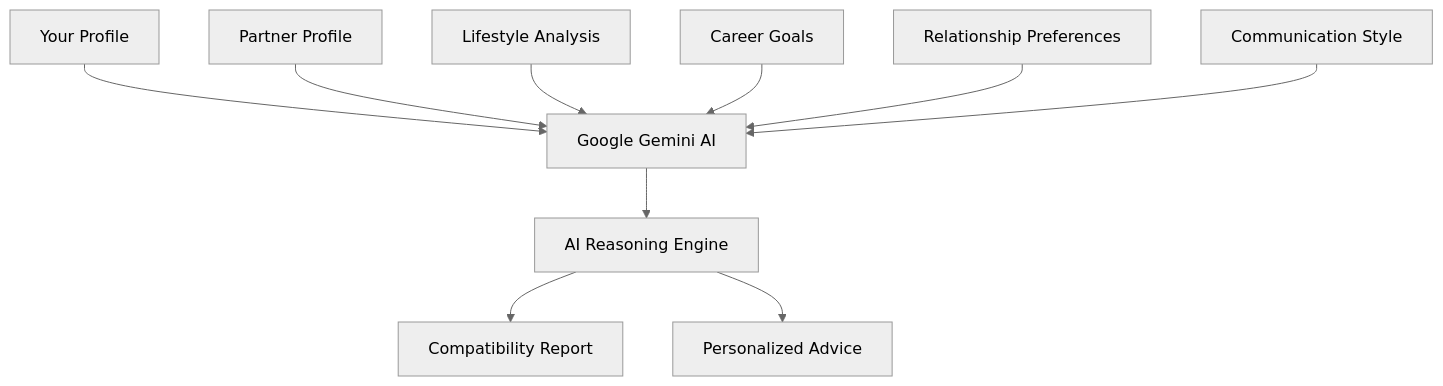
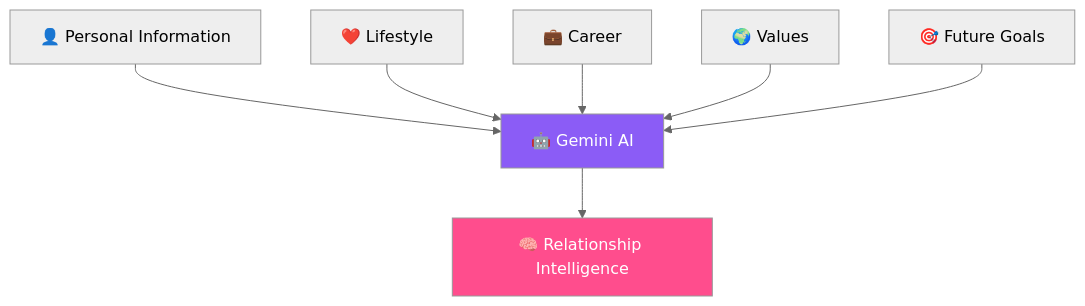
Before and after one commit to TheKanishkDev/SoulSync-AI: the second of 7 diagrams in README.md, drawn with Mermaid (neutral theme). The commit also changed other lines of this file, not shown here.

````diff
--- a/README.md
+++ b/README.md
@@ -494,35 +280,28 @@
 ```mermaid
 flowchart TD
 
-A[Your Profile]
+A["👤 Personal Information"]
 
-B[Partner Profile]
+B["❤️ Lifestyle"]
 
-C[Lifestyle Analysis]
+C["💼 Career"]
 
-D[Career Goals]
+D["🌍 Values"]
 
-E[Relationship Preferences]
+E["🎯 Future Goals"]
 
-F[Communication Style]
+F["🤖 Gemini AI"]
 
-G[Google Gemini AI]
+G["🧠 Relationship Intelligence"]
 
-H[AI Reasoning Engine]
+A --> F
+B --> F
+C --> F
+D --> F
+E --> F
 
-I[Compatibility Report]
-
-J[Personalized Advice]
-
-A --> G
-B --> G
-C --> G
-D --> G
-E --> G
 F --> G
 
-G --> H
-
-H --> I
-H --> J
+style F fill:#8B5CF6,color:#fff
+style G fill:#FF4D8D,color:#fff
 ```
````
